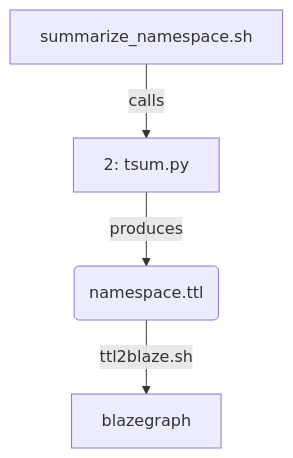
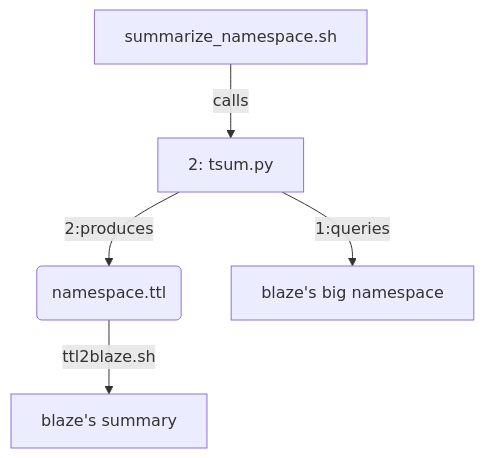
Before and after one commit to MBcode/ec: the diagram in summary/call-1st.md, drawn with Mermaid. The commit also changed other lines of this file, not shown here.

Commit message:
Update call-1st.md
show query of blazegraph's large eg.earthcube namespace to fill up it's now much smaller summary namespace

````diff
--- a/summary/call-1st.md
+++ b/summary/call-1st.md
@@ -5,5 +5,6 @@
 ```mermaid
 flowchart TD;
 SR[summarize_namespace.sh];
-SR -- calls --> F2[2: tsum.py] -- produces --> RT(namespace.ttl) -- ttl2blaze.sh --> B[blazegraph];
+SR -- calls --> F2[2: tsum.py] -- 2:produces --> RT(namespace.ttl) -- ttl2blaze.sh --> B[blaze's summary];
+F2 -- 1:queries --> BMN[blaze's big namespace];
 ```
````
